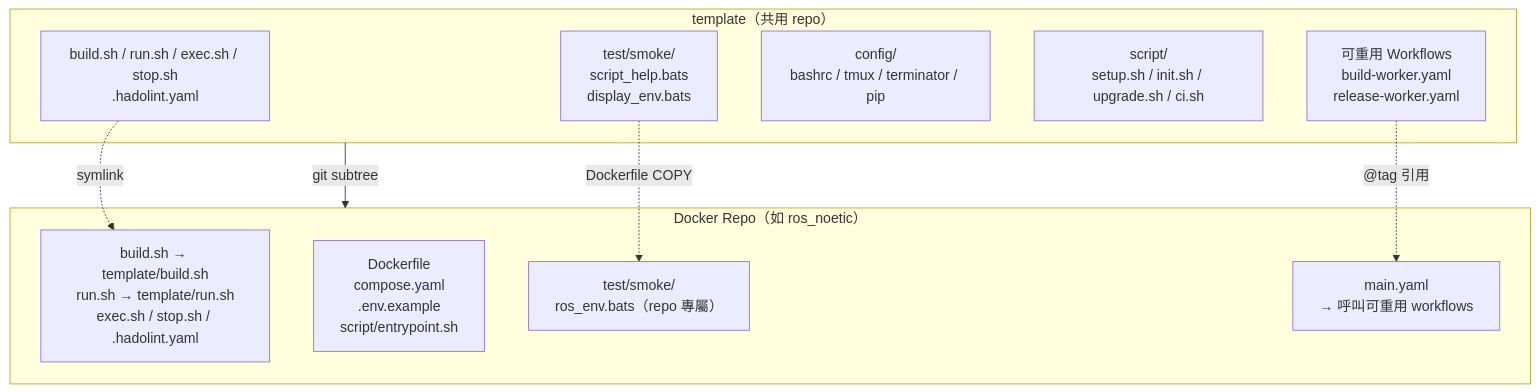
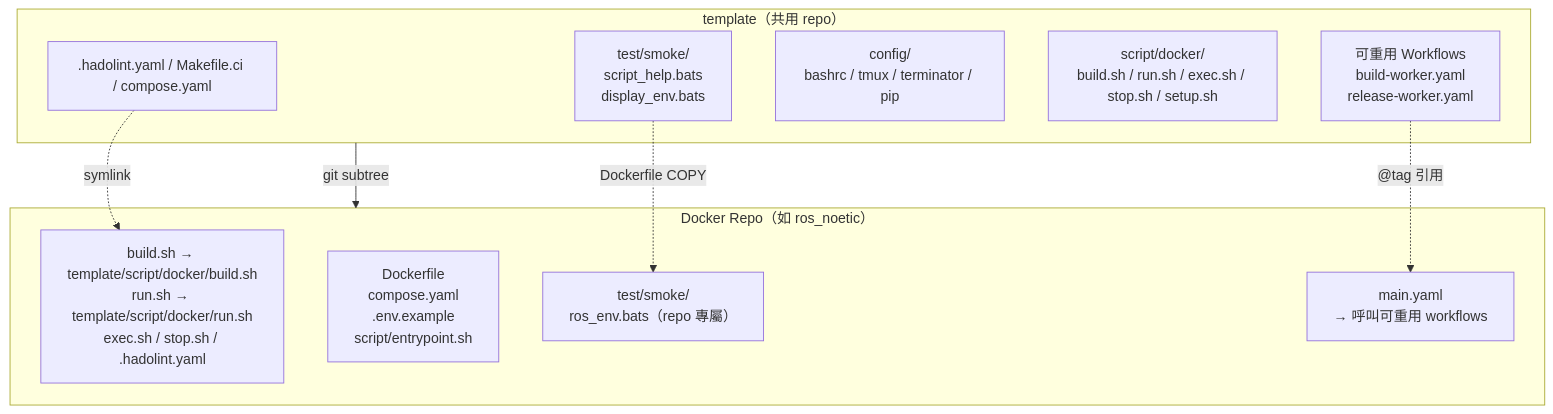
The first of 2 diagrams in template/doc/readme/README.zh-TW.md (ycpss91255-docker/ros_noetic), drawn with Mermaid before and after one commit. The commit also changed other lines of this file and 45 other files, not shown here.

First line of the commit message:
chore: upgrade template subtree to v0.7.1 (#30)

````diff
--- a/template/doc/readme/README.zh-TW.md
+++ b/template/doc/readme/README.zh-TW.md
@@ -53,22 +53,22 @@
 ```mermaid
 graph TB
     subgraph template["template（共用 repo）"]
-        scripts["build.sh / run.sh / exec.sh / stop.sh<br/>.hadolint.yaml"]
+        scripts[".hadolint.yaml / Makefile.ci / compose.yaml"]
         smoke["test/smoke/<br/>script_help.bats<br/>display_env.bats"]
         config["config/<br/>bashrc / tmux / terminator / pip"]
-        mgmt["script/<br/>setup.sh / init.sh / upgrade.sh / ci.sh"]
+        mgmt["script/docker/<br/>build.sh / run.sh / exec.sh / stop.sh / setup.sh"]
         workflows["可重用 Workflows<br/>build-worker.yaml<br/>release-worker.yaml"]
     end
 
     subgraph consumer["Docker Repo（如 ros_noetic）"]
-        symlinks["build.sh → template/build.sh<br/>run.sh → template/run.sh<br/>exec.sh / stop.sh / .hadolint.yaml"]
+        symlinks["build.sh → template/script/docker/build.sh<br/>run.sh → template/script/docker/run.sh<br/>exec.sh / stop.sh / .hadolint.yaml"]
         dockerfile["Dockerfile<br/>compose.yaml<br/>.env.example<br/>script/entrypoint.sh"]
         repo_test["test/smoke/<br/>ros_env.bats（repo 專屬）"]
         main_yaml["main.yaml<br/>→ 呼叫可重用 workflows"]
     end
 
     template -- "git subtree" --> consumer
     scripts -. "symlink" .-> symlinks
     smoke -. "Dockerfile COPY" .-> repo_test
     workflows -. "@tag 引用" .-> main_yaml
 ```
````
